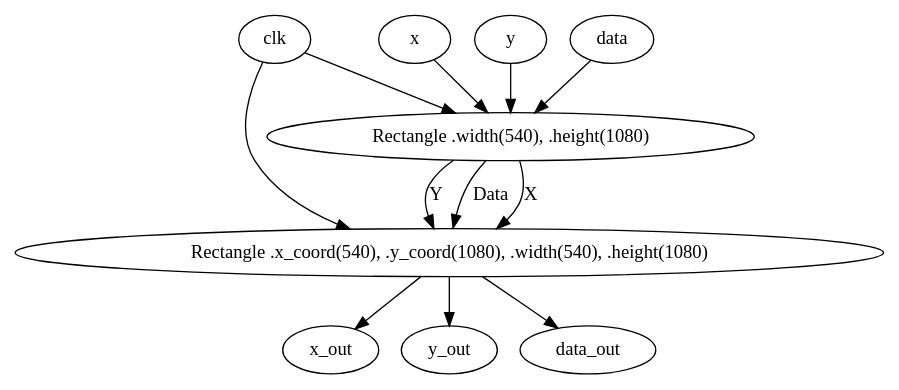
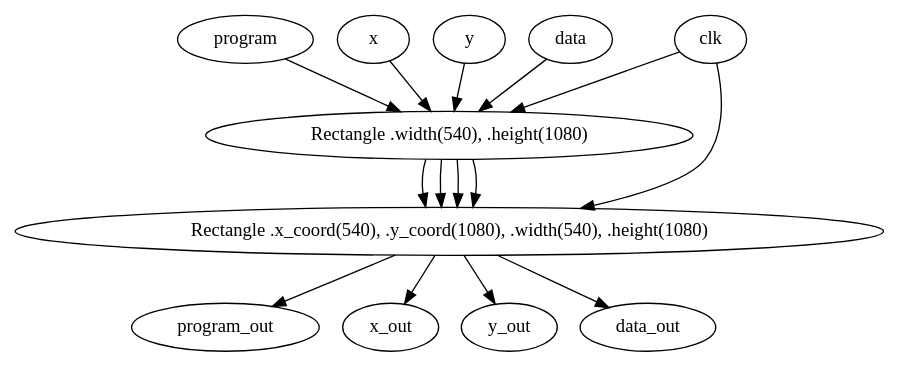
Before and after one commit to Db2515/FPGA_Rapid_Render: the diagram in dotty_examples/checker_board.dot, drawn with Graphviz.

Commit message:
Add program_in wire to dotty file

```diff
--- a/dotty_examples/checker_board.dot
+++ b/dotty_examples/checker_board.dot
@@ -1,20 +1,23 @@
  digraph Circuit {
       Shape0 [label="Rectangle .width(540), .height(1080)"];
       Shape1 [label="Rectangle .x_coord(540), .y_coord(1080), .width(540), .height(1080)"];
  
       clk -> Shape0:clk;
       clk -> Shape1:clk;
 
+      program -> Shape0:program_in;
       x -> Shape0:x;
       y -> Shape0:y;
-      data -> Shape0:data;
+      data -> Shape0:data_in;
 
+      Shape1:program_out -> program_out;
       Shape1:x_out -> x_out;
       Shape1:y_out -> y_out;
       Shape1:data_out -> data_out;
  
-      Shape0:x_out -> Shape1:x [label="X"];
-      Shape0:y_out -> Shape1:y [label="Y"];
-      Shape0:data_out -> Shape1:data [label="Data"];
+      Shape0:program_out -> Shape1:program_in;
+      Shape0:x_out -> Shape1:x
+      Shape0:y_out -> Shape1:y
+      Shape0:data_out -> Shape1:data_in
  
 }
```
